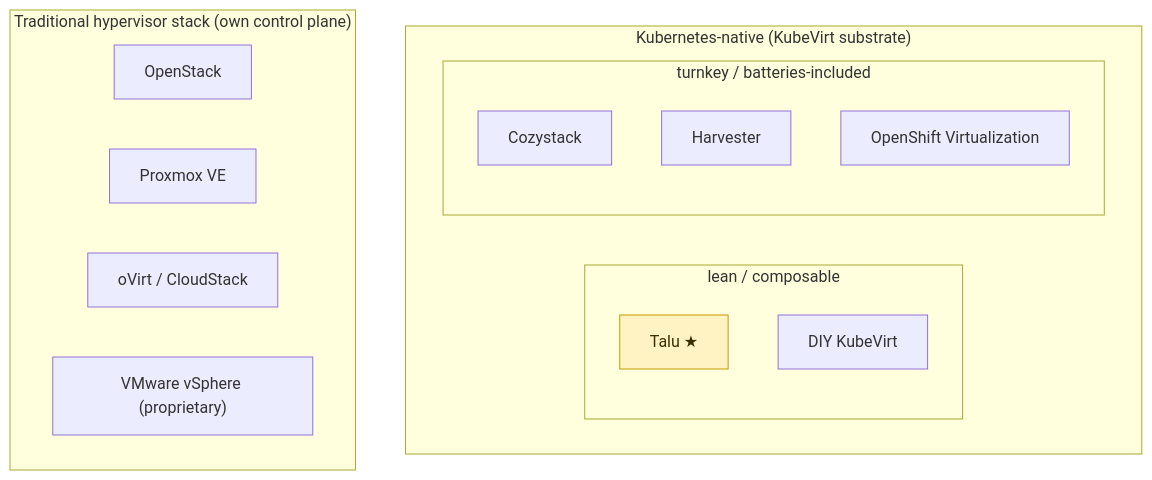
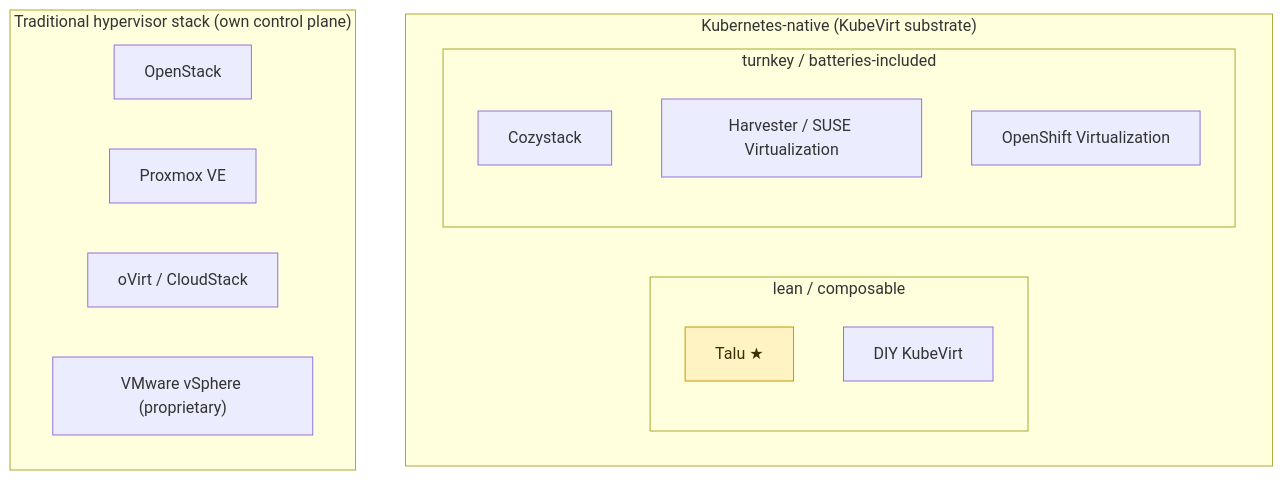
The diagram in docs/architecture/comparison.md (livenson/talu), drawn with Mermaid before and after one commit. The commit also changed other lines of this file, not shown here.

````diff
--- a/docs/architecture/comparison.md
+++ b/docs/architecture/comparison.md
@@ -11,23 +14,23 @@
 ```mermaid
 graph TB
     subgraph KN["Kubernetes-native (KubeVirt substrate)"]
         subgraph LEAN["lean / composable"]
             TALU["Talu ★"]
             DIY["DIY KubeVirt"]
         end
         subgraph BAT["turnkey / batteries-included"]
             COZY["Cozystack"]
-            HARV["Harvester"]
+            HARV["Harvester / SUSE Virtualization"]
             OCP["OpenShift Virtualization"]
         end
     end
     subgraph TRAD["Traditional hypervisor stack (own control plane)"]
         OS["OpenStack"]
         PVE["Proxmox VE"]
         OV["oVirt / CloudStack"]
         VS["VMware vSphere (proprietary)"]
     end
 
     classDef star fill:#fff3c4,stroke:#c79a00,color:#3a2f00;
     class TALU star;
 ```
````
